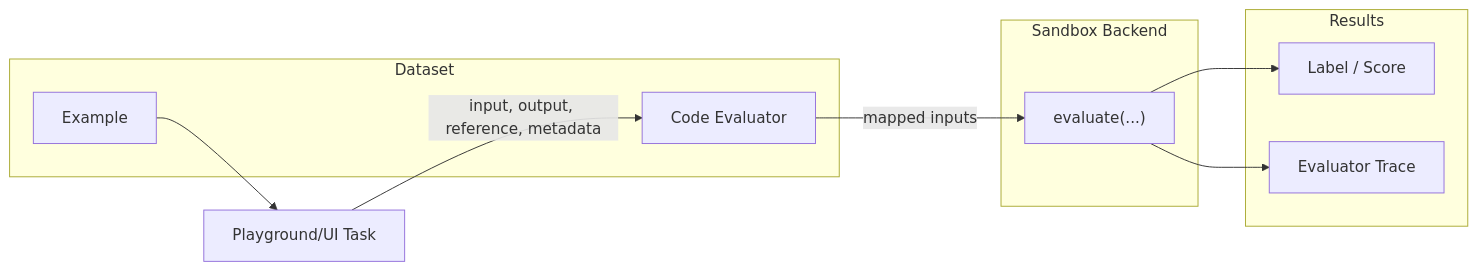
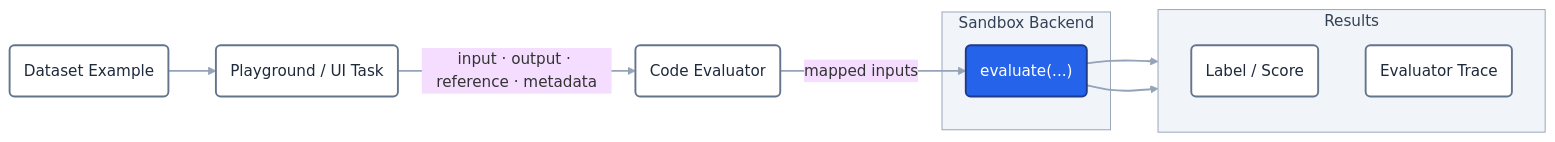
Before and after one commit to Arize-ai/phoenix: the first of 2 diagrams in docs/phoenix/evaluation/server-evals/code-evaluators.mdx, drawn with Mermaid. The commit also changed other lines of this file and 1 other file, not shown here.

First line of the commit message:
docs(sandbox): improve readability of code evaluator and sandbox diagrams

````diff
--- a/docs/phoenix/evaluation/server-evals/code-evaluators.mdx
+++ b/docs/phoenix/evaluation/server-evals/code-evaluators.mdx
@@ -23,24 +23,34 @@
 ```mermaid
+%%{init: {'theme': 'base'}}%%
 flowchart LR
-    subgraph dataset [Dataset]
-        Example[Example]
-        Evaluator[Code Evaluator]
+    Example("Dataset Example")
+    Task("Playground / UI Task")
+    Evaluator("Code Evaluator")
+
+    subgraph sandbox ["Sandbox Backend"]
+        Evaluate("evaluate(...)")
     end
 
-    Task[Playground/UI Task]
-
-    subgraph sandbox [Sandbox Backend]
-        Evaluate["evaluate(...)"]
-    end
-
-    subgraph results [Results]
-        Annotation[Label / Score]
-        Trace[Evaluator Trace]
+    subgraph results ["Results"]
+        direction TB
+        Annotation("Label / Score")
+        Trace("Evaluator Trace")
     end
 
     Example --> Task
-    Task -- "input, output, reference, metadata" --> Evaluator
+    Task -- "input · output · reference · metadata" --> Evaluator
     Evaluator -- "mapped inputs" --> Evaluate
     Evaluate --> Annotation
     Evaluate --> Trace
+
+    classDef node fill:#FFFFFF,stroke:#64748B,stroke-width:2px,color:#1E293B
+    classDef active fill:#2563EB,stroke:#1E3A8A,stroke-width:2px,color:#FFFFFF
+
+    class Example,Task,Evaluator,Annotation,Trace node
+    class Evaluate active
+
+    style sandbox fill:#F1F5F9,stroke:#94A3B8,stroke-width:1px,color:#334155
+    style results fill:#F1F5F9,stroke:#94A3B8,stroke-width:1px,color:#334155
+
+    linkStyle default stroke:#94A3B8,stroke-width:2px
 ```
````
